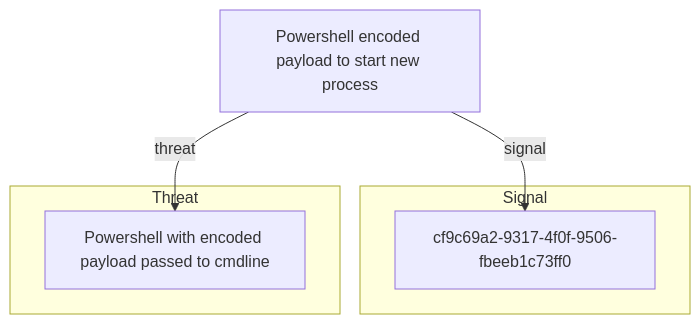
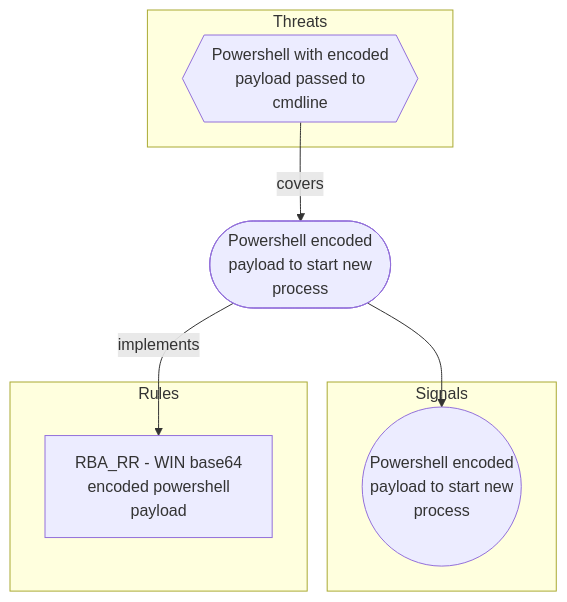
Before and after one commit to opentidehq/library: the diagram in docs/objectives/powershell-encoded-payload-to-start-new-process.md, drawn with Mermaid. The commit also changed other lines of this file and 540 other files, not shown here.

````diff
--- a/docs/objectives/powershell-encoded-payload-to-start-new-process.md
+++ b/docs/objectives/powershell-encoded-payload-to-start-new-process.md
@@ -125,12 +126,16 @@
 ```mermaid
 flowchart TB
-subgraph "Signal"
-cf9c69a2_9317_4f0f_9506_fbeeb1c73ff0["cf9c69a2-9317-4f0f-9506-fbeeb1c73ff0"]
+subgraph "Threats"
+bdc58fee_8da6_4fc9_8fbd_30f8fd156bc7{{"Powershell with encoded<br>payload passed to<br>cmdline"}}
 end
-subgraph "Threat"
-bdc58fee_8da6_4fc9_8fbd_30f8fd156bc7["Powershell with encoded payload passed to cmdline"]
+subgraph "Signals"
+cf9c69a2_9317_4f0f_9506_fbeeb1c73ff0(("Powershell encoded<br>payload to start new<br>process"))
 end
-bfeb24bf_8a17_4ccc_8aec_91721743153d["Powershell encoded payload to start new process"]
-bfeb24bf_8a17_4ccc_8aec_91721743153d -->|signal| cf9c69a2_9317_4f0f_9506_fbeeb1c73ff0
-bfeb24bf_8a17_4ccc_8aec_91721743153d -->|threat| bdc58fee_8da6_4fc9_8fbd_30f8fd156bc7
+subgraph "Rules"
+0be66eea_4ae4_4544_811b_52651e20d744["RBA_RR - WIN base64<br>encoded powershell<br>payload"]
+end
+bfeb24bf_8a17_4ccc_8aec_91721743153d(["Powershell encoded<br>payload to start new<br>process"])
+bdc58fee_8da6_4fc9_8fbd_30f8fd156bc7 -->|covers| bfeb24bf_8a17_4ccc_8aec_91721743153d
+bfeb24bf_8a17_4ccc_8aec_91721743153d --> cf9c69a2_9317_4f0f_9506_fbeeb1c73ff0
+bfeb24bf_8a17_4ccc_8aec_91721743153d -->|implements| 0be66eea_4ae4_4544_811b_52651e20d744
 ```
````
